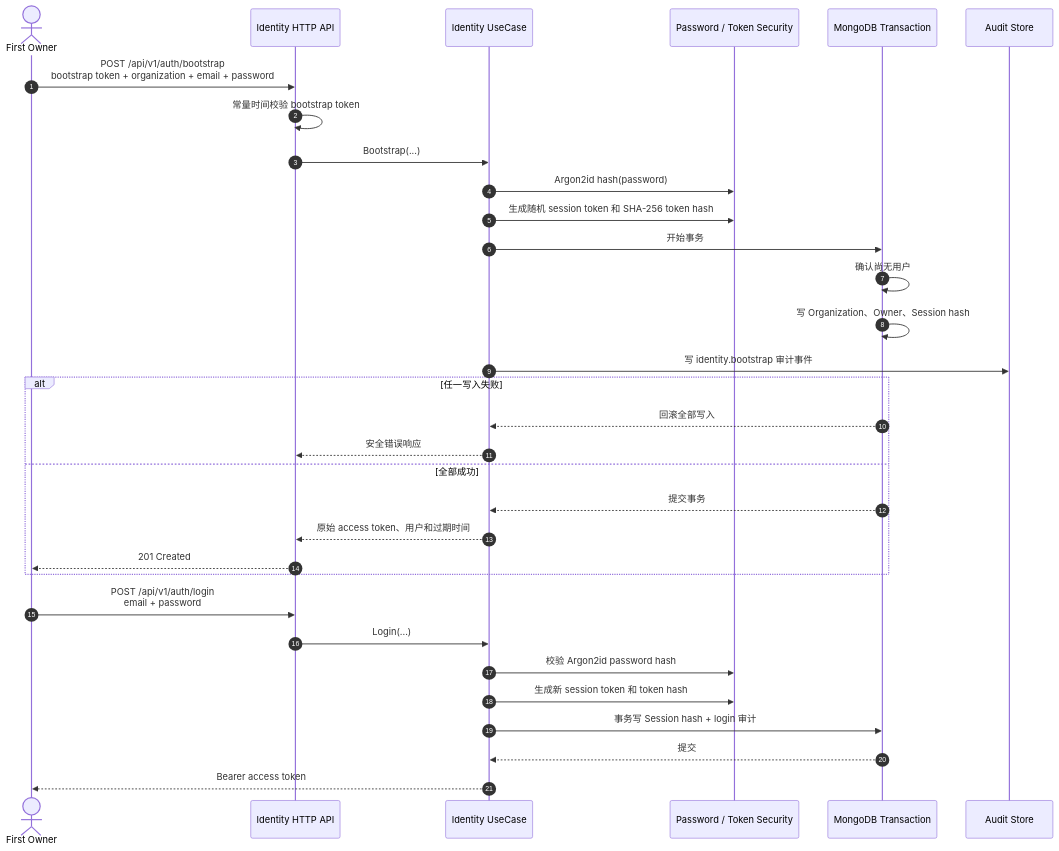
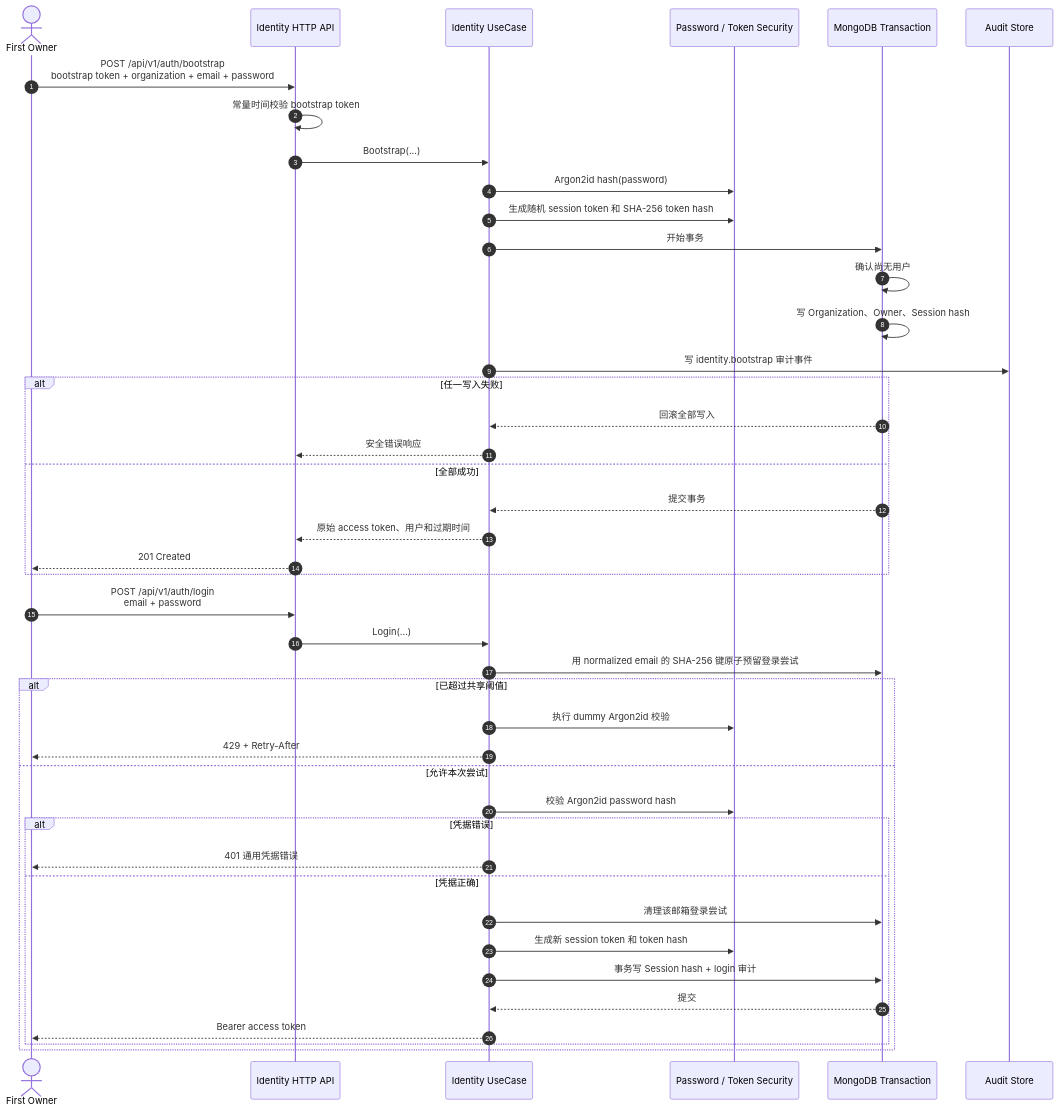
Before and after one commit to owndock/owndock: the second of 11 diagrams in docs/flows.md, drawn with Mermaid. The commit also changed other lines of this file and 108 other files, not shown here.

````diff
--- a/docs/flows.md
+++ b/docs/flows.md
@@ -47,36 +47,47 @@
 ```mermaid
 sequenceDiagram
     autonumber
     actor O as First Owner
     participant API as Identity HTTP API
     participant UC as Identity UseCase
     participant K as Password / Token Security
     participant M as MongoDB Transaction
     participant A as Audit Store
 
     O->>API: POST /api/v1/auth/bootstrap<br/>bootstrap token + organization + email + password
     API->>API: 常量时间校验 bootstrap token
     API->>UC: Bootstrap(...)
     UC->>K: Argon2id hash(password)
     UC->>K: 生成随机 session token 和 SHA-256 token hash
     UC->>M: 开始事务
     M->>M: 确认尚无用户
     M->>M: 写 Organization、Owner、Session hash
     UC->>A: 写 identity.bootstrap 审计事件
     alt 任一写入失败
         M-->>UC: 回滚全部写入
         UC-->>API: 安全错误响应
     else 全部成功
         M-->>UC: 提交事务
         UC-->>API: 原始 access token、用户和过期时间
         API-->>O: 201 Created
     end
 
     O->>API: POST /api/v1/auth/login<br/>email + password
     API->>UC: Login(...)
-    UC->>K: 校验 Argon2id password hash
-    UC->>K: 生成新 session token 和 token hash
-    UC->>M: 事务写 Session hash + login 审计
-    M-->>UC: 提交
-    UC-->>O: Bearer access token
+    UC->>M: 用 normalized email 的 SHA-256 键原子预留登录尝试
+    alt 已超过共享阈值
+        UC->>K: 执行 dummy Argon2id 校验
+        UC-->>O: 429 + Retry-After
+    else 允许本次尝试
+        UC->>K: 校验 Argon2id password hash
+        alt 凭据错误
+            UC-->>O: 401 通用凭据错误
+        else 凭据正确
+            UC->>M: 清理该邮箱登录尝试
+            UC->>K: 生成新 session token 和 token hash
+            UC->>M: 事务写 Session hash + login 审计
+            M-->>UC: 提交
+            UC-->>O: Bearer access token
+        end
+    end
 ```
````
